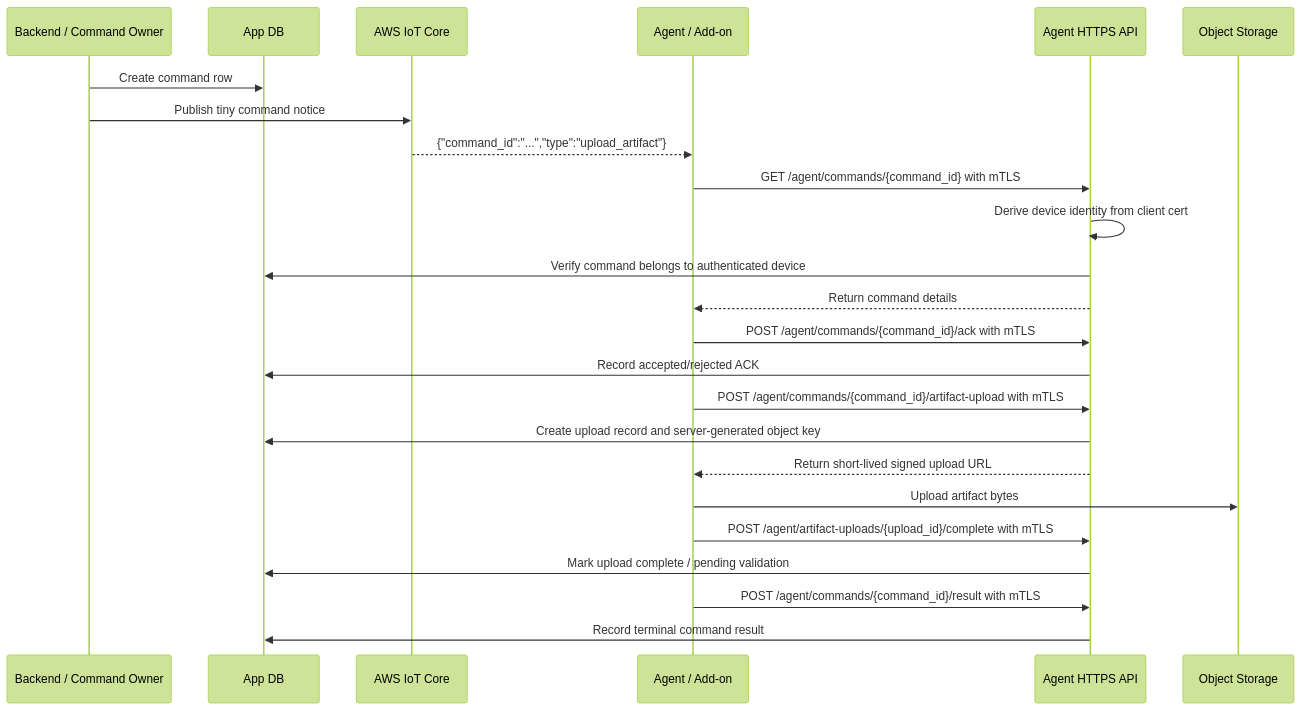
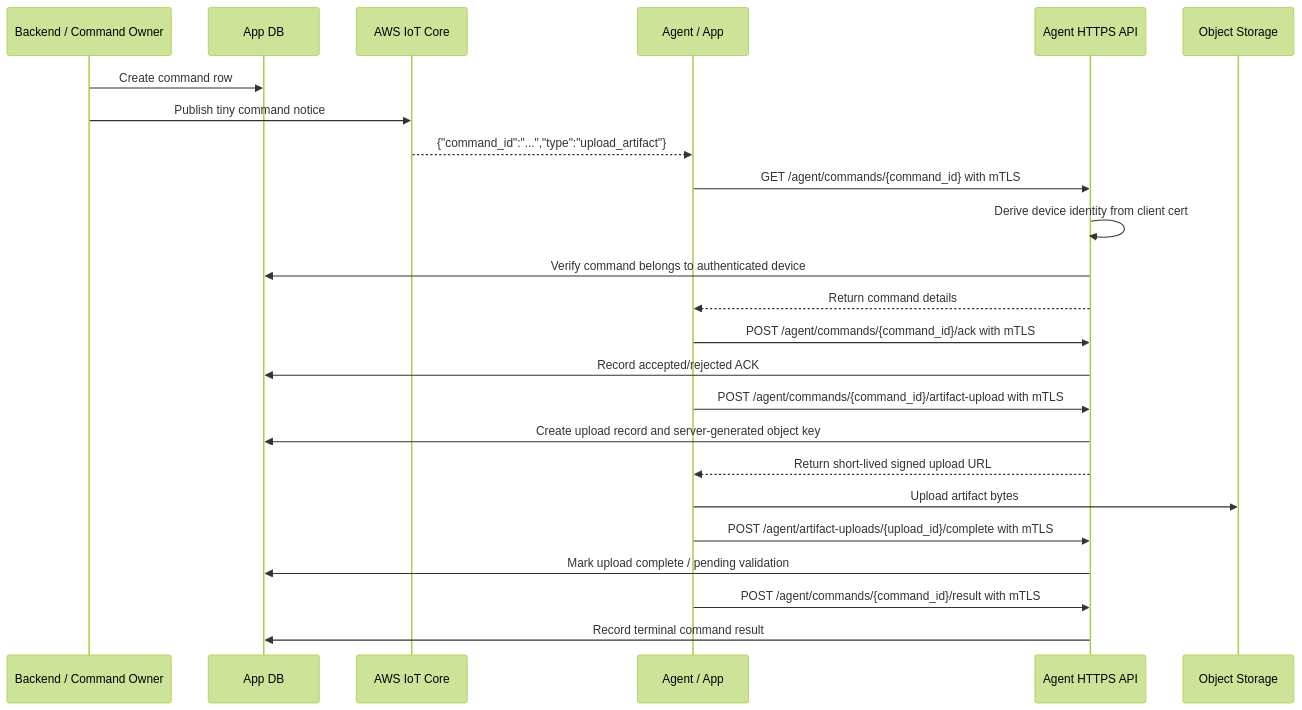
The diagram in design-docs/artifact-upload-broker.md (homesignal-io/homesignal-home-assistant-app), drawn with Mermaid (forest theme) before and after one commit. The commit also changed other lines of this file and 73 other files, not shown here.

````diff
--- a/design-docs/artifact-upload-broker.md
+++ b/design-docs/artifact-upload-broker.md
@@ -56,27 +56,27 @@
 ```mermaid
 sequenceDiagram
   participant Backend as Backend / Command Owner
   participant DB as App DB
   participant IoT as AWS IoT Core
-  participant Agent as Agent / Add-on
+  participant Agent as Agent / App
   participant API as Agent HTTPS API
   participant Store as Object Storage
 
   Backend->>DB: Create command row
   Backend->>IoT: Publish tiny command notice
   IoT-->>Agent: {"command_id":"...","type":"upload_artifact"}
   Agent->>API: GET /agent/commands/{command_id} with mTLS
   API->>API: Derive device identity from client cert
   API->>DB: Verify command belongs to authenticated device
   API-->>Agent: Return command details
   Agent->>API: POST /agent/commands/{command_id}/ack with mTLS
   API->>DB: Record accepted/rejected ACK
   Agent->>API: POST /agent/commands/{command_id}/artifact-upload with mTLS
   API->>DB: Create upload record and server-generated object key
   API-->>Agent: Return short-lived signed upload URL
   Agent->>Store: Upload artifact bytes
   Agent->>API: POST /agent/artifact-uploads/{upload_id}/complete with mTLS
   API->>DB: Mark upload complete / pending validation
   Agent->>API: POST /agent/commands/{command_id}/result with mTLS
   API->>DB: Record terminal command result
 ```
````
